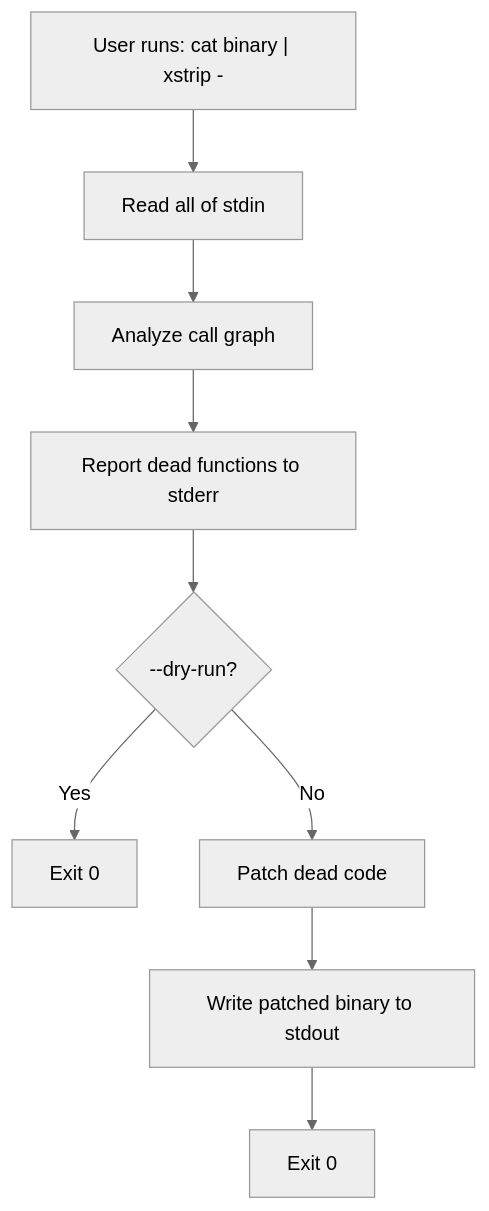
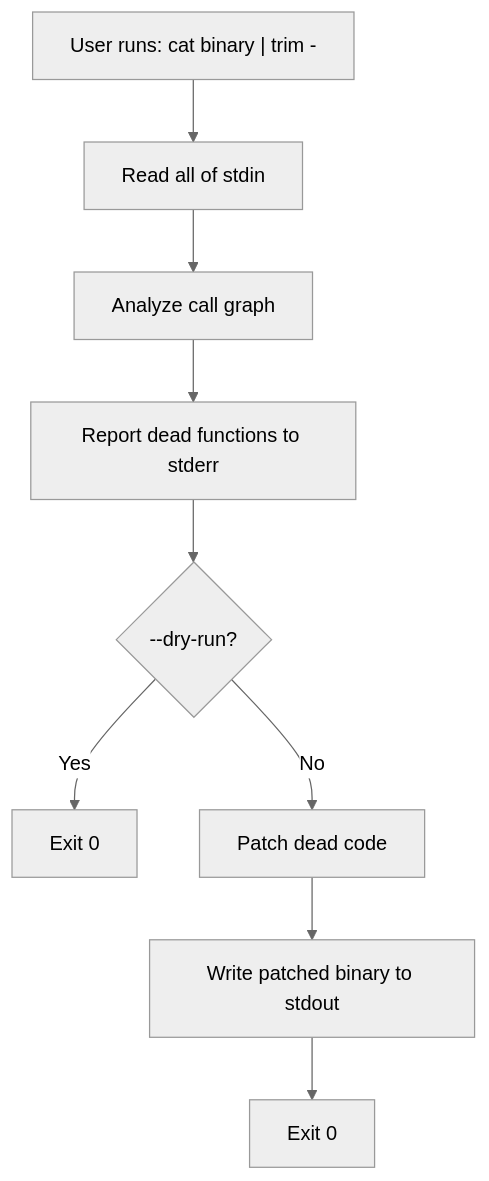
Before and after one commit to ratushnyi-labs/trim: the fourth of 4 diagrams in docs/spec.md, drawn with Mermaid (neutral theme). The commit also changed other lines of this file and 112 other files, not shown here.

````diff
--- a/docs/spec.md
+++ b/docs/spec.md
@@ -212,11 +221,11 @@
 ```mermaid
 flowchart TD
-  A["User runs: cat binary | xstrip -"] --> B[Read all of stdin]
+  A["User runs: cat binary | trim -"] --> B[Read all of stdin]
   B --> C[Analyze call graph]
   C --> D[Report dead functions to stderr]
   D --> E{--dry-run?}
   E -- Yes --> F[Exit 0]
   E -- No --> G[Patch dead code]
   G --> H[Write patched binary to stdout]
   H --> I[Exit 0]
 ```
````
